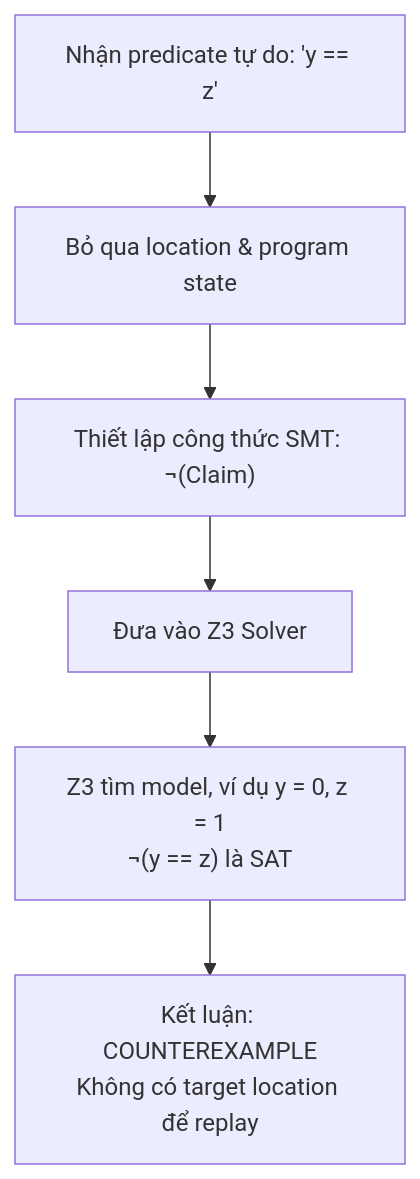
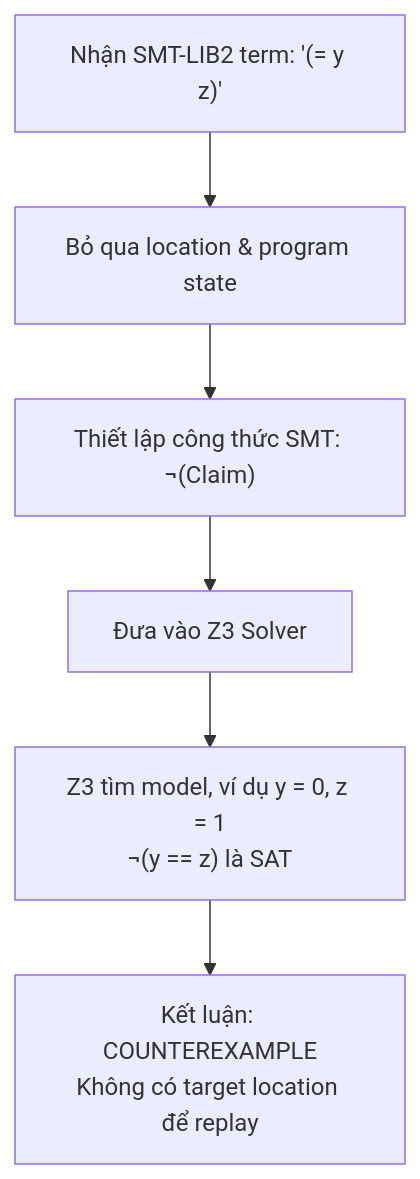
Before and after one commit to thanhcong10082005/Formal-Program-Verification-via-LLM-Chain-of-Thought-and-SMT-Logic: the first of 2 diagrams in reports/BAO_CAO_CHUYEN_SAU_COMPLEX.md, drawn with Mermaid. The commit also changed other lines of this file and 211 other files, not shown here.

````diff
--- a/reports/BAO_CAO_CHUYEN_SAU_COMPLEX.md
+++ b/reports/BAO_CAO_CHUYEN_SAU_COMPLEX.md
@@ -174,8 +180,8 @@
 ```mermaid
 flowchart TD
-    Start["Nhận predicate tự do: 'y == z'"] --> SkipContext["Bỏ qua location & program state"]
+    Start["Nhận SMT-LIB2 term: '(= y z)'"] --> SkipContext["Bỏ qua location & program state"]
     SkipContext --> DirectFormula["Thiết lập công thức SMT: ¬(Claim)"]
     DirectFormula --> SMTCheck["Đưa vào Z3 Solver"]
     SMTCheck --> FreeModel["Z3 tìm model, ví dụ y = 0, z = 1<br>¬(y == z) là SAT"]
     FreeModel --> FreeVerdict["Kết luận: COUNTEREXAMPLE<br>Không có target location để replay"]
 ```
````
